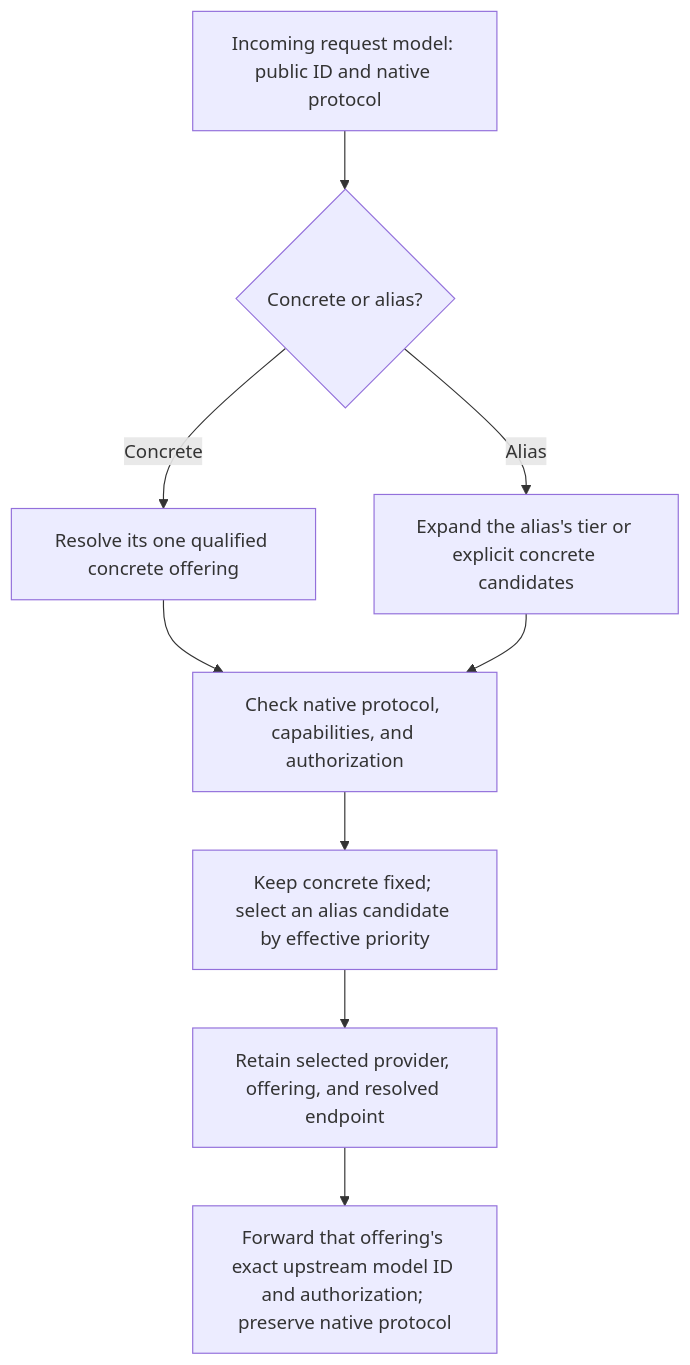
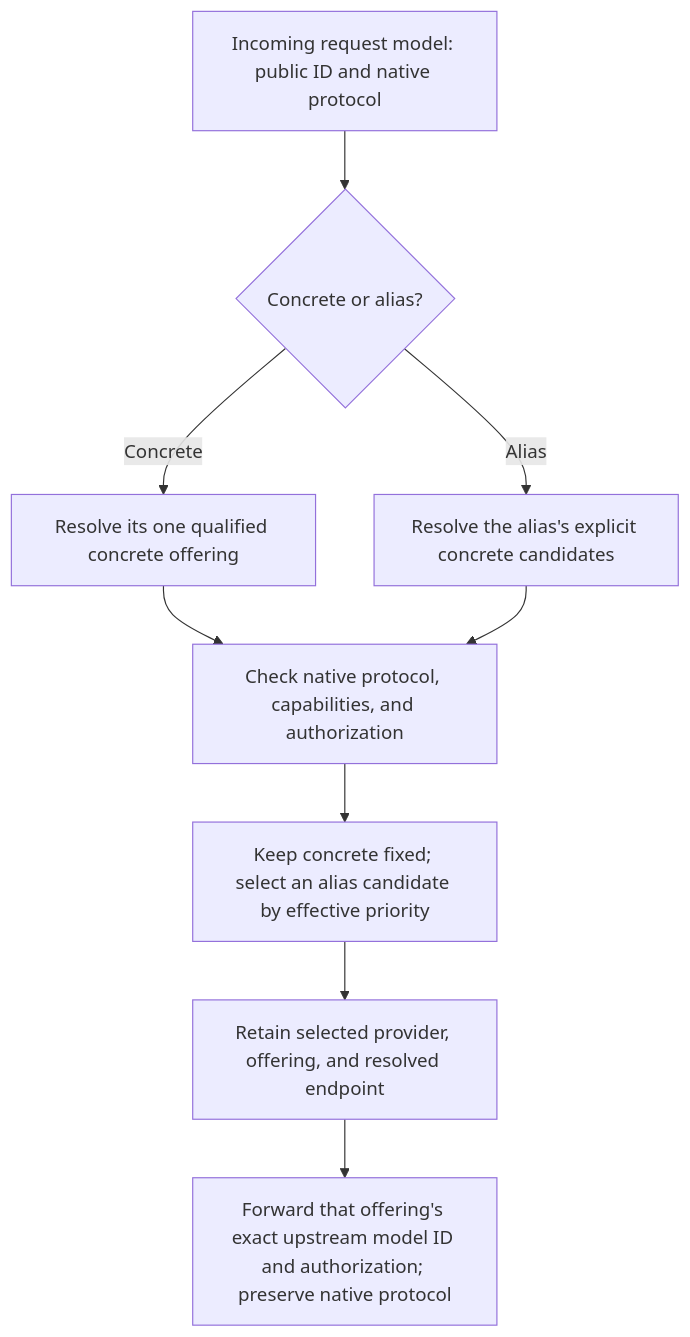
One commit to suraciii/tmax changed the diagram in specs/model-routing/spec.md. Above: the diagram before and after it, drawn with Mermaid. The commit also changed other lines of this file and 25 other files, not shown here.

````diff
--- a/specs/model-routing/spec.md
+++ b/specs/model-routing/spec.md
@@ -477,11 +468,11 @@
 ```mermaid
 flowchart TB
     Request["Incoming request model: public ID and native protocol"] --> Kind{"Concrete or alias?"}
     Kind -->|Concrete| Fixed["Resolve its one qualified concrete offering"]
-    Kind -->|Alias| Candidates["Expand the alias's tier or explicit concrete candidates"]
+    Kind -->|Alias| Candidates["Resolve the alias's explicit concrete candidates"]
     Fixed --> Eligible["Check native protocol, capabilities, and authorization"]
     Candidates --> Eligible
     Eligible --> Model["Keep concrete fixed; select an alias candidate by effective priority"]
     Model --> Destination["Retain selected provider, offering, and resolved endpoint"]
     Destination --> Dispatch["Forward that offering's exact upstream model ID and authorization; preserve native protocol"]
 ```
````
